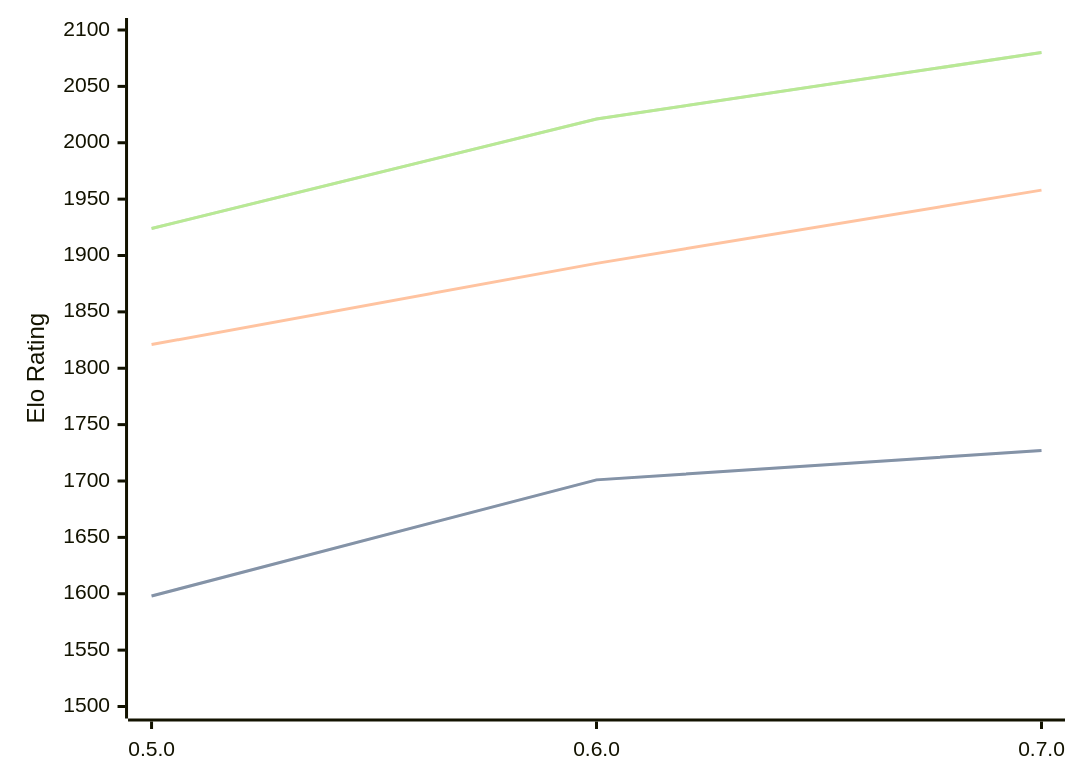
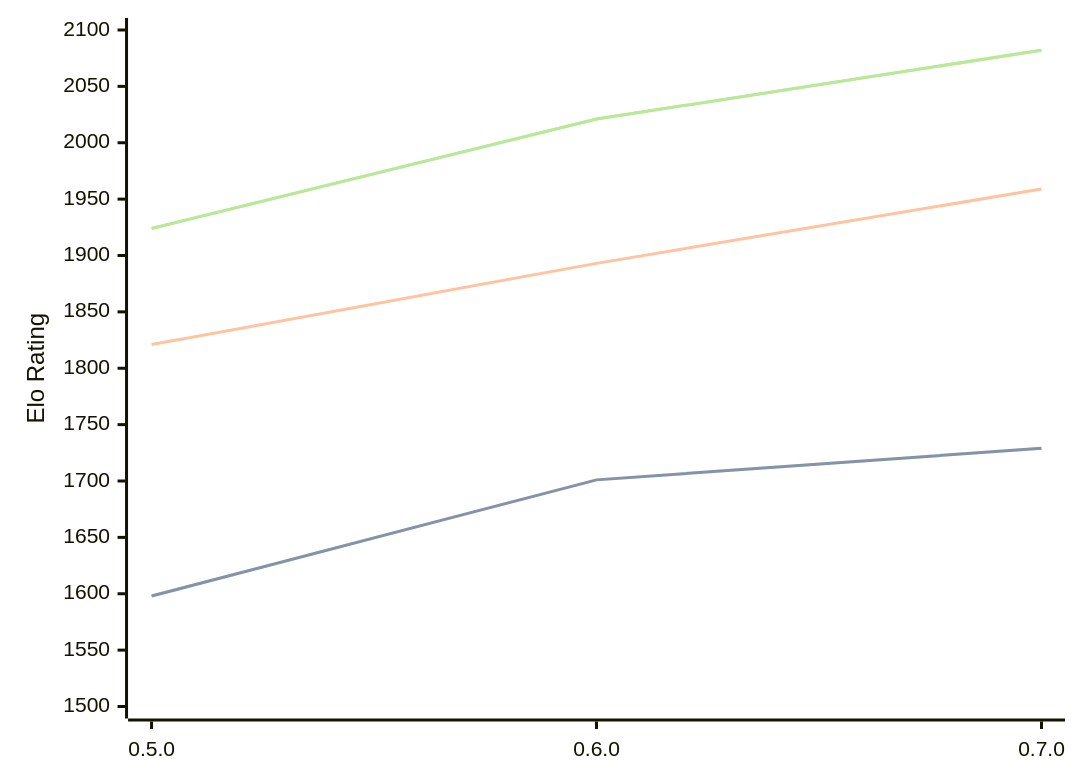
One commit to computer-chess-index/cci changed the diagram in engines/Chess-rs.md. Above: the diagram before and after it, drawn with Mermaid. The commit also changed other lines of this file, not shown here.

Commit message:
Update CCI Ratings (ELO VLTC) - 2026-05-07

````diff
--- a/engines/Chess-rs.md
+++ b/engines/Chess-rs.md
@@ -41,11 +41,11 @@
 ```mermaid
 %%{init: {"theme":"base","themeVariables":{"seriesColors:['#a3a3a3','#222221','#faa371']}}}%%
 xychart-beta
   x-axis ["0.5.0", "0.6.0", "0.7.0"]
   y-axis "Elo Rating" 1500 --> 2100
-  line "STC (8.0+0.08s)" [1598, 1701, 1727]
-  line "STC (8.0+0.08s)" [1598, 1701, 1727]
-  line "LTC (60.0+0.60s)" [1821, 1893, 1958]
-  line "VLTC (2m24s+1.12s)" [1924, 2021, 2080]
-  line "VLTC (2m24s+1.12s)" [1924, 2021, 2080]
+  line "STC (8.0+0.08s)" [1598, 1701, 1729]
+  line "STC (8.0+0.08s)" [1598, 1701, 1729]
+  line "LTC (60.0+0.60s)" [1821, 1893, 1959]
+  line "VLTC (2m24s+1.12s)" [1924, 2021, 2082]
+  line "VLTC (2m24s+1.12s)" [1924, 2021, 2082]
 ```
````
